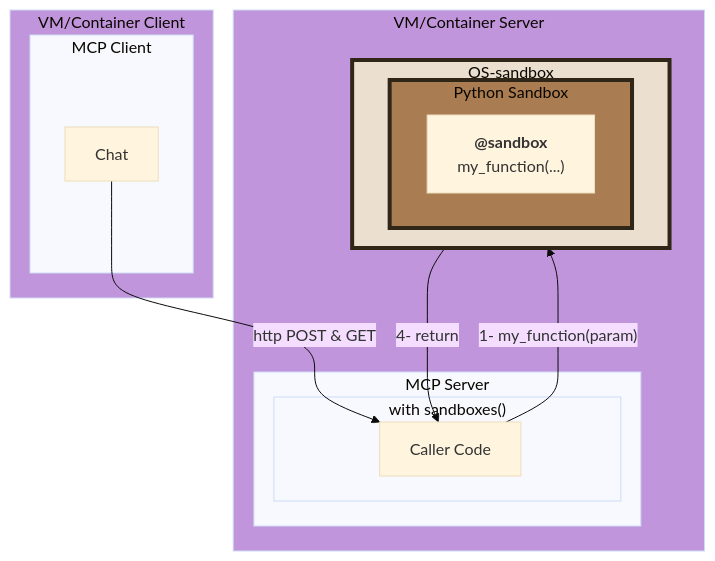
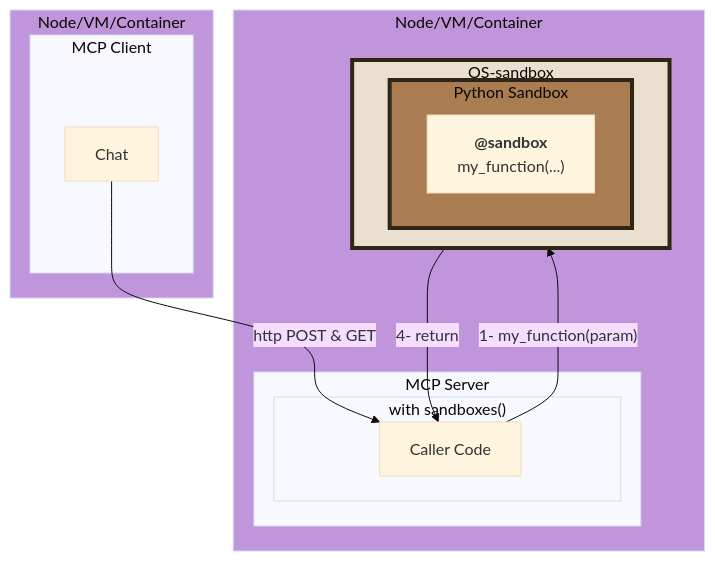
Before and after one commit to pprados/pysandboxes: the fourth of 4 diagrams in samples/mcp-server/README.md, drawn with Mermaid (base theme). The commit also changed other lines of this file and 40 other files, not shown here.

````diff
--- a/samples/mcp-server/README.md
+++ b/samples/mcp-server/README.md
@@ -123,32 +142,32 @@
 ```mermaid
 flowchart TD
-    subgraph Docker1 ["VM/Container Client"]
+    subgraph Docker1 ["Node/VM/Container"]
         subgraph MCPClient ["MCP Client"]
             D[Chat]
         end
     end
-    subgraph Docker2 ["VM/Container Server"]
+    subgraph Docker2 ["Node/VM/Container"]
         subgraph MCPServer [MCP Server]
             subgraph WithSandboxes ["with sandboxes()"]
                 A[Caller Code]
             end
         end
 
         subgraph OSSandbox ["OS-sandbox"]
             direction LR
             subgraph PythonSandbox [Python Sandbox]
                C["<b>@sandbox</b><br/>my_function(...)"]
            end
         end
     end
 
     D -- "http POST & GET" --> A
     A -- "1- my_function(param)" --> C
     C -- "4- return" --> A
 
     %% 🎨 Style personnalisé pour OSSandbox
     style Docker1 fill:#C195DB
     style Docker2 fill:#C195DB
     style OSSandbox fill:#ebe0d0,stroke:#2f2617,stroke-width:4px
     style PythonSandbox fill:#aa7c52,stroke:#2f2617,stroke-width:4px
 ```
````
